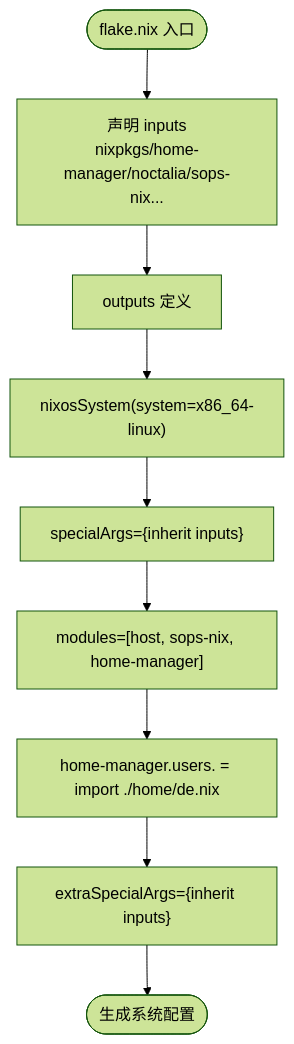
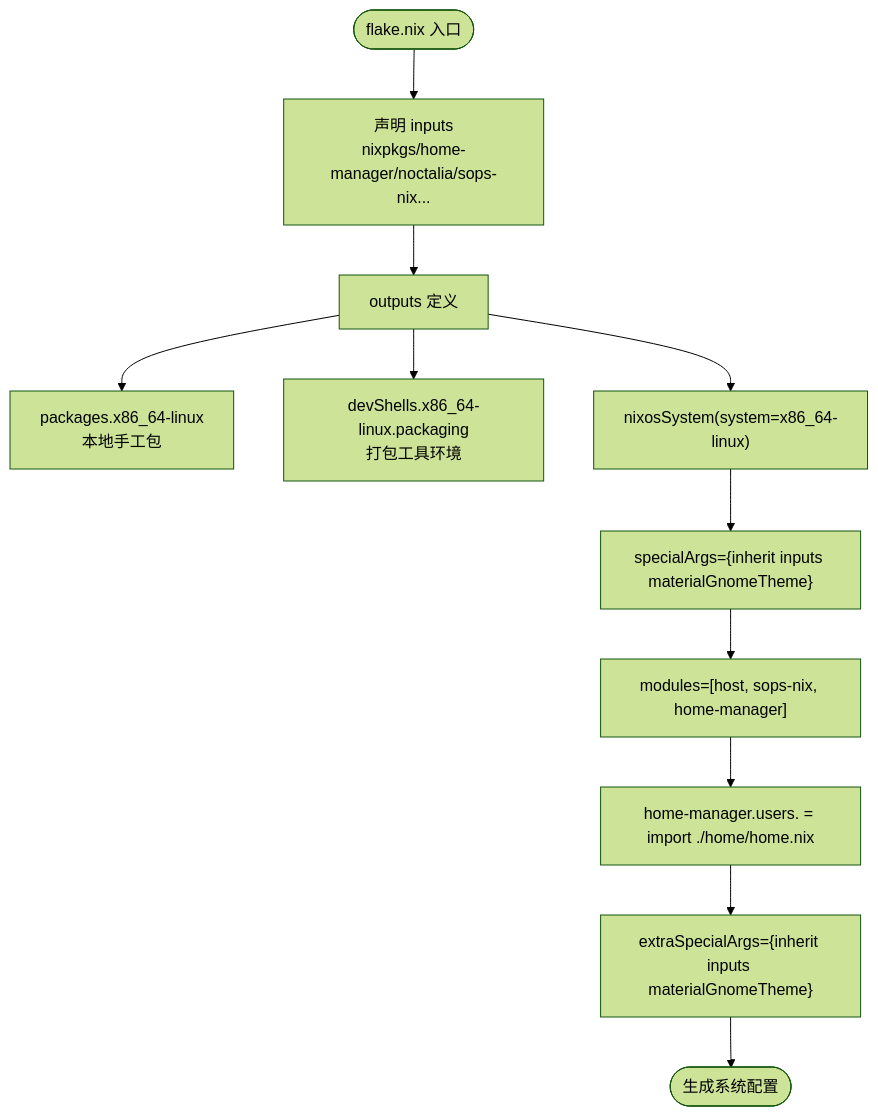
The first of 3 diagrams in wiki/architecture/flake.md (Shangshui0302/myNixOSConfig), drawn with Mermaid (forest theme) before and after one commit. The commit also changed other lines of this file and 19 other files, not shown here.

First line of the commit message:
docs(packaging): establish the repository Nix packaging workflow

````diff
--- a/wiki/architecture/flake.md
+++ b/wiki/architecture/flake.md
@@ -45,11 +49,13 @@
 ```mermaid
 flowchart TD
 Start(["flake.nix 入口"]) --> Inputs["声明 inputs<br/>nixpkgs/home-manager/noctalia/sops-nix..."]
 Inputs --> Outputs["outputs 定义"]
+Outputs --> Packages["packages.x86_64-linux<br/>本地手工包"]
+Outputs --> DevShell["devShells.x86_64-linux.packaging<br/>打包工具环境"]
 Outputs --> NixOS["nixosSystem(system=x86_64-linux)"]
-NixOS --> SpecialArgs["specialArgs={inherit inputs}"]
+NixOS --> SpecialArgs["specialArgs={inherit inputs materialGnomeTheme}"]
 SpecialArgs --> Modules["modules=[host, sops-nix, home-manager]"]
-Modules --> HM["home-manager.users.<user> = import ./home/de.nix"]
-HM --> ExtraArgs["extraSpecialArgs={inherit inputs}"]
+Modules --> HM["home-manager.users.<user> = import ./home/home.nix"]
+HM --> ExtraArgs["extraSpecialArgs={inherit inputs materialGnomeTheme}"]
 ExtraArgs --> End(["生成系统配置"])
 ```
````
